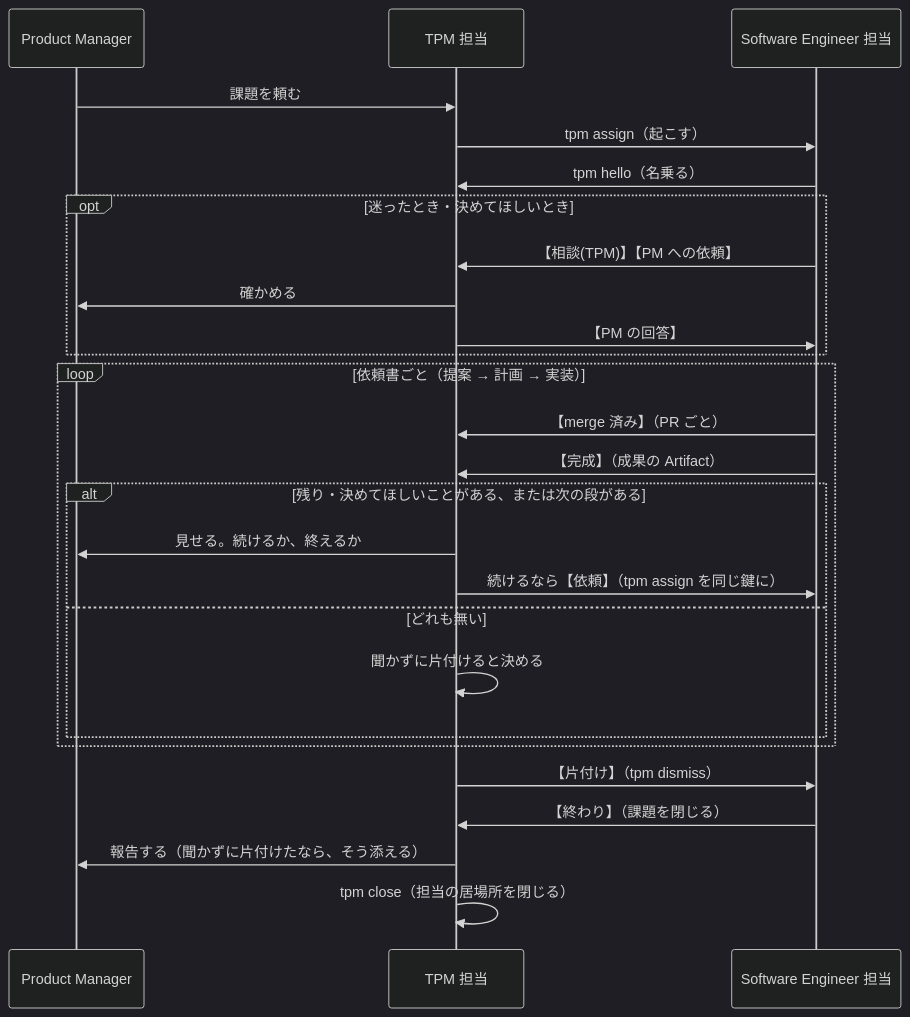
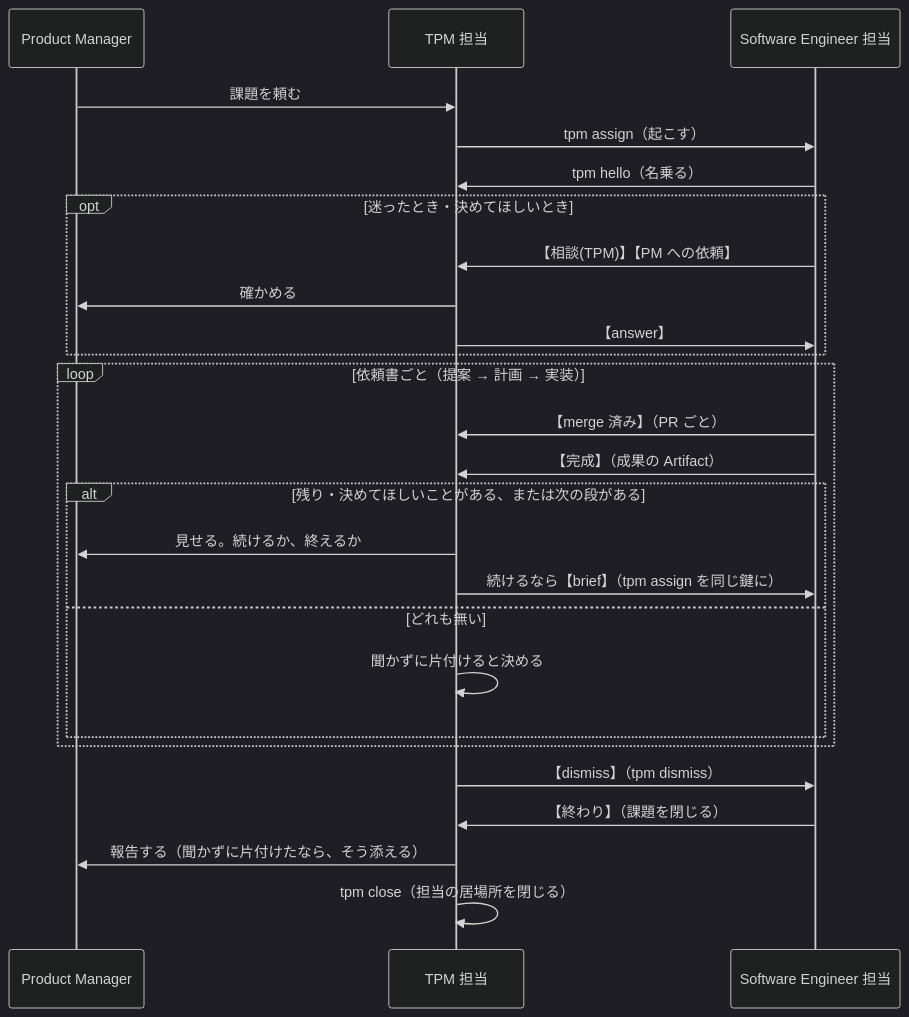
Before and after one commit to uraitakahito/roster: the second of 2 diagrams in docs-site/src/content/docs/protocol.md, drawn with Mermaid (dark theme). The commit also changed 18 other files, not shown here.

First line of the commit message:
feat: TPM 担当から送る見出しを英語にする（【brief】【answer】【notify】【dismiss】）（t-dismiss-name） (#80)

````diff
--- a/docs-site/src/content/docs/protocol.md
+++ b/docs-site/src/content/docs/protocol.md
@@ -57,28 +57,28 @@
 ```mermaid
 sequenceDiagram
   participant PM as Product Manager
   participant TPM as TPM 担当
   participant SE as Software Engineer 担当
   PM->>TPM: 課題を頼む
   TPM->>SE: tpm assign（起こす）
   SE->>TPM: tpm hello（名乗る）
   opt 迷ったとき・決めてほしいとき
     SE->>TPM: 【相談(TPM)】【PM への依頼】
     TPM->>PM: 確かめる
-    TPM->>SE: 【PM の回答】
+    TPM->>SE: 【answer】
   end
   loop 依頼書ごと（提案 → 計画 → 実装）
     SE->>TPM: 【merge 済み】（PR ごと）
     SE->>TPM: 【完成】（成果の Artifact）
     alt 残り・決めてほしいことがある、または次の段がある
       TPM->>PM: 見せる。続けるか、終えるか
-      TPM->>SE: 続けるなら【依頼】（tpm assign を同じ鍵に）
+      TPM->>SE: 続けるなら【brief】（tpm assign を同じ鍵に）
     else どれも無い
       TPM->>TPM: 聞かずに片付けると決める
     end
   end
-  TPM->>SE: 【片付け】（tpm dismiss）
+  TPM->>SE: 【dismiss】（tpm dismiss）
   SE->>TPM: 【終わり】（課題を閉じる）
   TPM->>PM: 報告する（聞かずに片付けたなら、そう添える）
   TPM->>TPM: tpm close（担当の居場所を閉じる）
 ```
````
